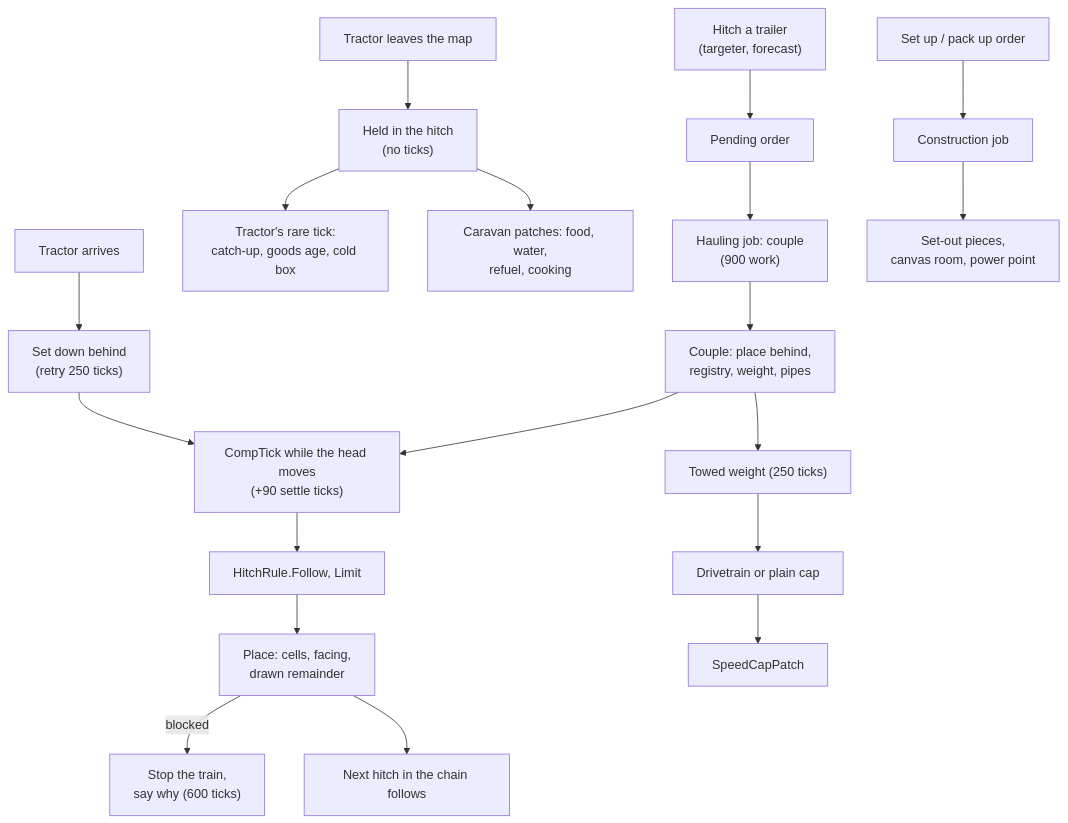
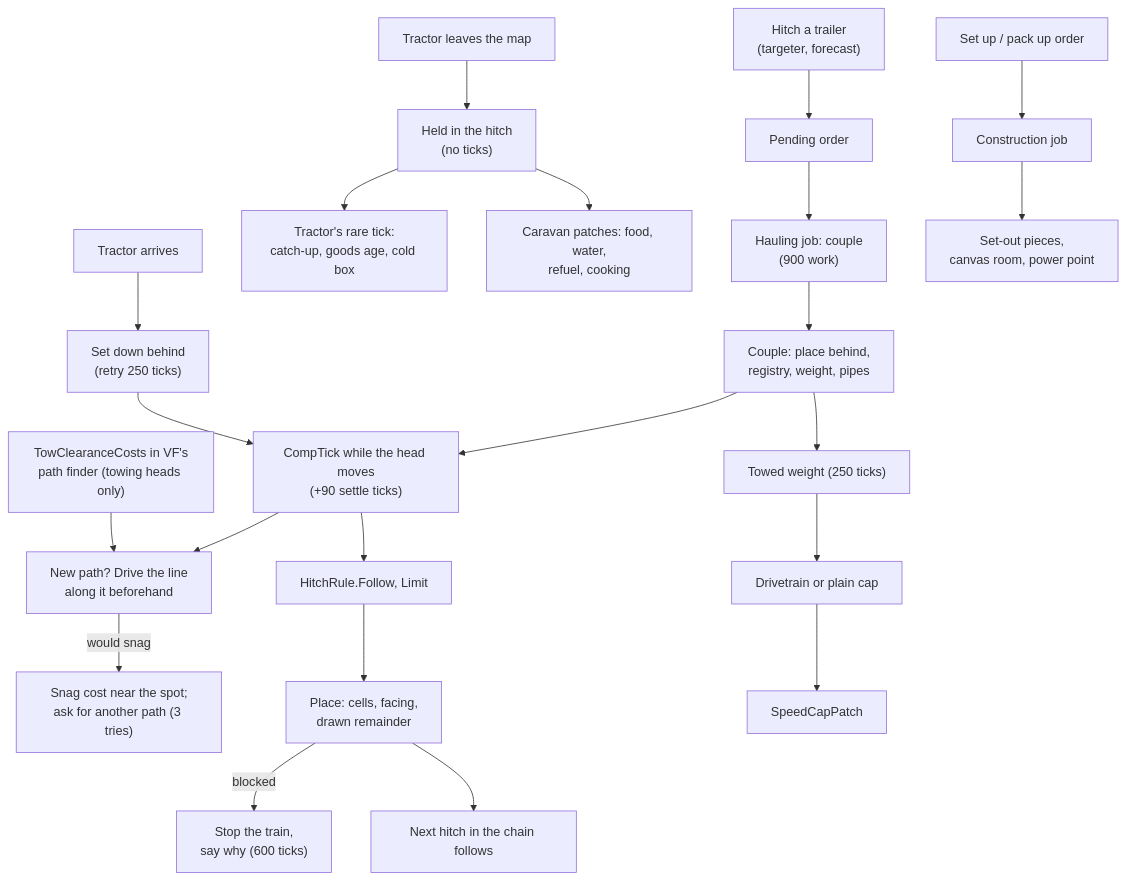
Before and after one commit to phobos-dthorga/phobos-rimworld: the diagram in docs/development/systems/hitches-and-trailers.md, drawn with Mermaid. The commit also changed other lines of this file and 33 other files, not shown here.

````diff
--- a/docs/development/systems/hitches-and-trailers.md
+++ b/docs/development/systems/hitches-and-trailers.md
@@ -184,15 +223,18 @@
 ```mermaid
 flowchart TB
   G["Hitch a trailer<br/>(targeter, forecast)"] --> P["Pending order"] --> J["Hauling job: couple<br/>(900 work)"]
   J --> C["Couple: place behind,<br/>registry, weight, pipes"]
   C --> T["CompTick while the head moves<br/>(+90 settle ticks)"]
+  T --> RC["New path? Drive the line<br/>along it beforehand"]
+  RC -->|"would snag"| SN["Snag cost near the spot;<br/>ask for another path (3 tries)"]
+  CG["TowClearanceCosts in VF's<br/>path finder (towing heads only)"] --> RC
   T --> F["HitchRule.Follow, Limit"] --> PL["Place: cells, facing,<br/>drawn remainder"]
   PL -->|"blocked"| STOP["Stop the train,<br/>say why (600 ticks)"]
   PL --> NEXT["Next hitch in the chain follows"]
   C --> W["Towed weight (250 ticks)"] --> CAP["Drivetrain or plain cap"] --> SC["SpeedCapPatch"]
   DESP["Tractor leaves the map"] --> HELD["Held in the hitch<br/>(no ticks)"]
   HELD --> RT["Tractor's rare tick:<br/>catch-up, goods age, cold box"]
   HELD --> CARA["Caravan patches: food, water,<br/>refuel, cooking"]
   ARR["Tractor arrives"] --> SD["Set down behind<br/>(retry 250 ticks)"] --> T
   SU["Set up / pack up order"] --> SJ["Construction job"] --> SO["Set-out pieces,<br/>canvas room, power point"]
 ```
````
